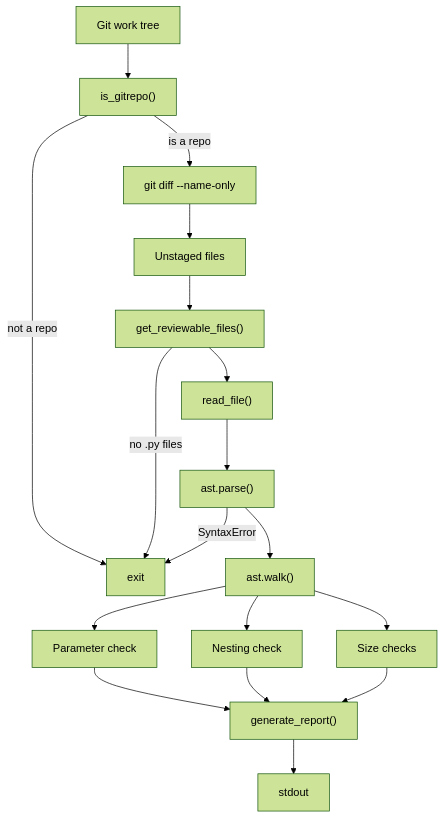
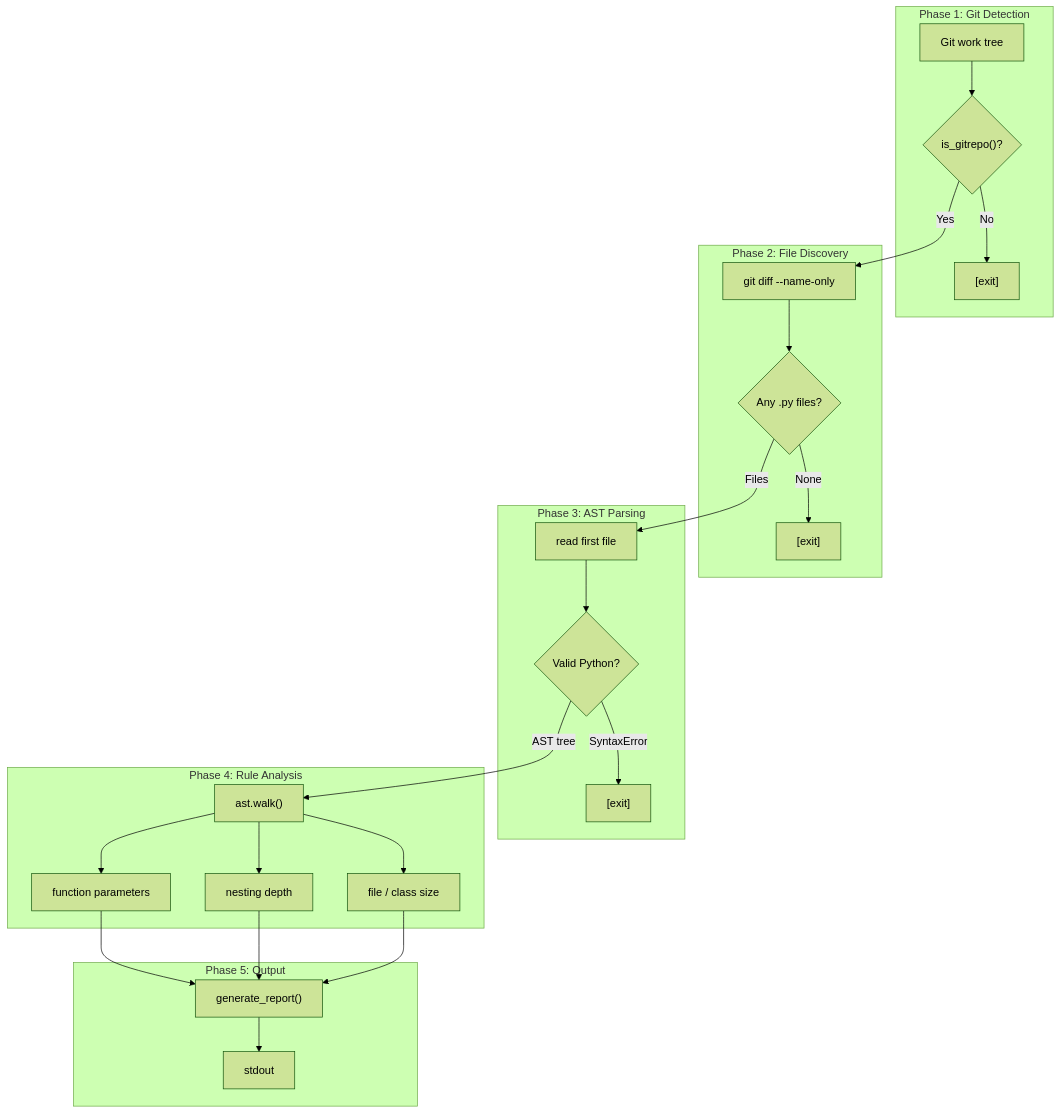
One commit to mukundzha/avouch changed the diagram in README.md. Above: the diagram before and after it, drawn with Mermaid (forest theme). The commit also changed other lines of this file, not shown here.

````diff
--- a/README.md
+++ b/README.md
@@ -78,21 +78,33 @@
 ```mermaid
 flowchart TD
-    Git["Git work tree"]
-    Git --> Check["is_gitrepo()"]
-    Check -->|not a repo| Exit["exit"]
-    Check -->|is a repo| Diff["git diff --name-only"]
-    Diff --> Files["Unstaged files"]
-    Files --> Filter["get_reviewable_files()"]
-    Filter -->|no .py files| Exit
-    Filter --> Read["read_file()"]
-    Read --> Parse["ast.parse()"]
-    Parse -->|SyntaxError| Exit
-    Parse --> Walk["ast.walk()"]
-    Walk --> Params["Parameter check"]
-    Walk --> Nesting["Nesting check"]
-    Walk --> Size["Size checks"]
-    Params --> Report["generate_report()"]
-    Nesting --> Report
-    Size --> Report
-    Report --> Stdout["stdout"]
+    subgraph P1["Phase 1: Git Detection"]
+        A["Git work tree"] --> B{"is_gitrepo()?"}
+        B -->|No| X1["[exit]"]
+    end
+
+    subgraph P2["Phase 2: File Discovery"]
+        B -->|Yes| C["git diff --name-only"]
+        C --> D{"Any .py files?"}
+        D -->|None| X2["[exit]"]
+    end
+
+    subgraph P3["Phase 3: AST Parsing"]
+        D -->|Files| E["read first file"]
+        E --> F{"Valid Python?"}
+        F -->|SyntaxError| X3["[exit]"]
+    end
+
+    subgraph P4["Phase 4: Rule Analysis"]
+        F -->|AST tree| G["ast.walk()"]
+        G --> H["function parameters"]
+        G --> I["nesting depth"]
+        G --> J["file / class size"]
+    end
+
+    subgraph P5["Phase 5: Output"]
+        H --> K["generate_report()"]
+        I --> K
+        J --> K
+        K --> L["stdout"]
+    end
 ```
````
